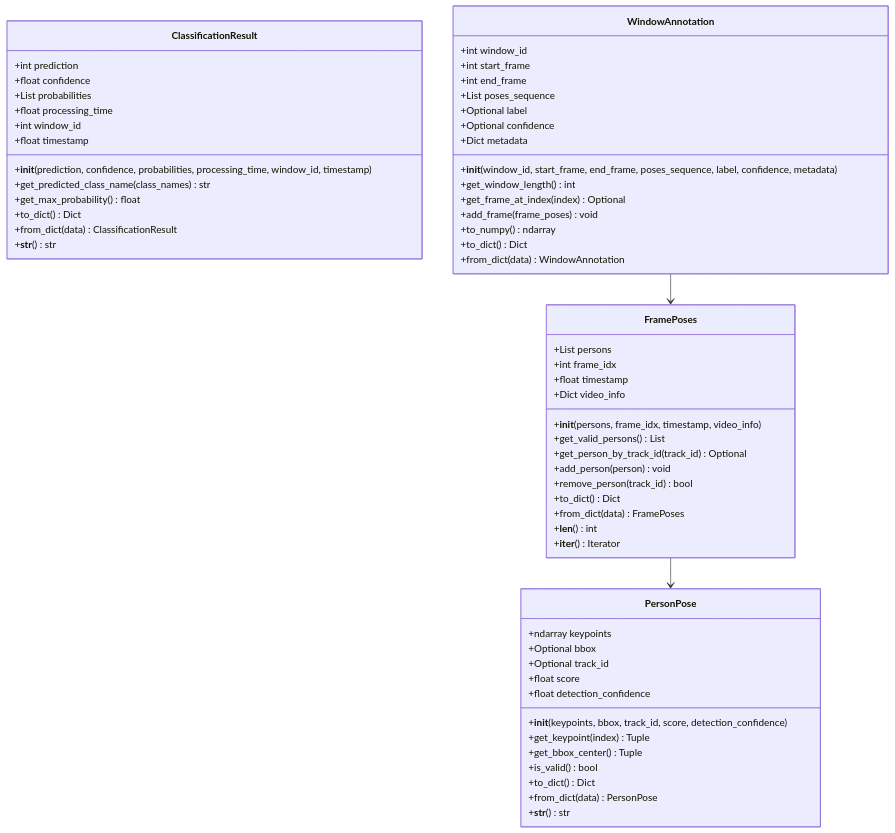
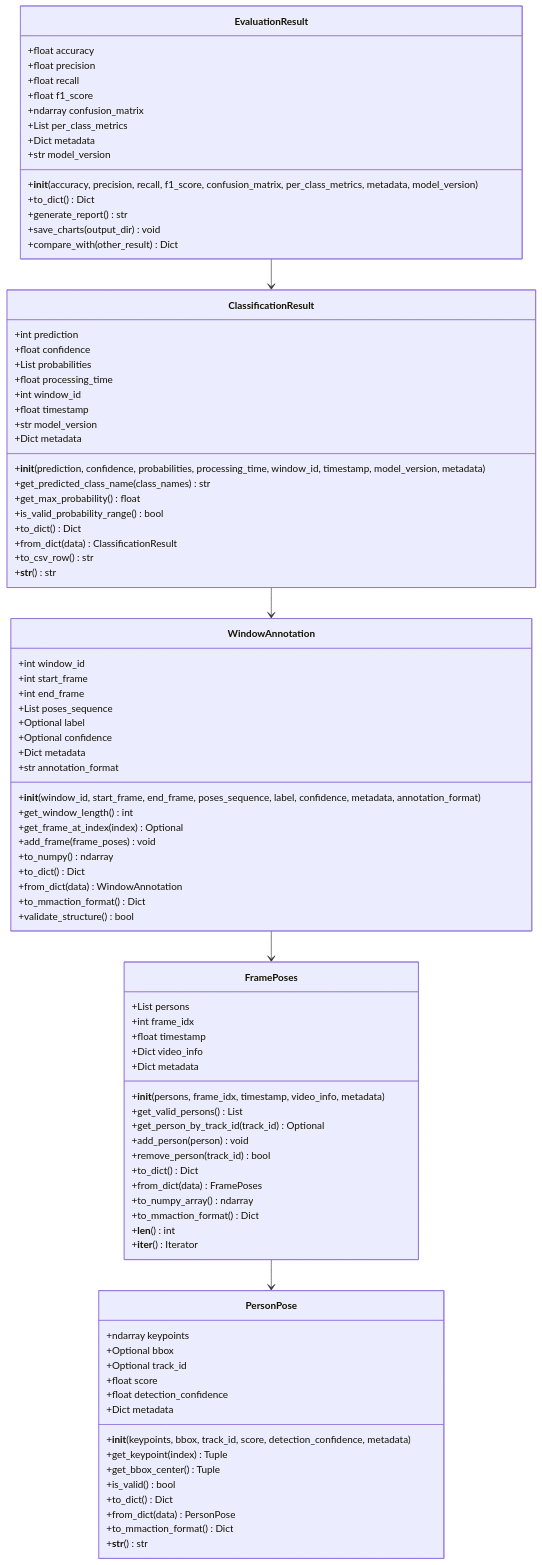
The fifth of 11 diagrams in recognizer/docs/UML_DIAGRAMS.md (mars71003219/ar), drawn with Mermaid before and after one commit. The commit also changed other lines of this file and 6 other files, not shown here.

````diff
--- a/recognizer/docs/UML_DIAGRAMS.md
+++ b/recognizer/docs/UML_DIAGRAMS.md
@@ -365,12 +475,14 @@
         +Optional track_id
         +float score
         +float detection_confidence
-        +__init__(keypoints, bbox, track_id, score, detection_confidence)
+        +Dict metadata
+        +__init__(keypoints, bbox, track_id, score, detection_confidence, metadata)
         +get_keypoint(index) Tuple
         +get_bbox_center() Tuple
         +is_valid() bool
         +to_dict() Dict
         +from_dict(data) PersonPose
+        +to_mmaction_format() Dict
         +__str__() str
     }
 
@@ -379,13 +491,16 @@
         +int frame_idx
         +float timestamp
         +Dict video_info
-        +__init__(persons, frame_idx, timestamp, video_info)
+        +Dict metadata
+        +__init__(persons, frame_idx, timestamp, video_info, metadata)
         +get_valid_persons() List
         +get_person_by_track_id(track_id) Optional
         +add_person(person) void
         +remove_person(track_id) bool
         +to_dict() Dict
         +from_dict(data) FramePoses
+        +to_numpy_array() ndarray
+        +to_mmaction_format() Dict
         +__len__() int
         +__iter__() Iterator
     }
@@ -397,11 +512,15 @@
         +float processing_time
         +int window_id
         +float timestamp
-        +__init__(prediction, confidence, probabilities, processing_time, window_id, timestamp)
+        +str model_version
+        +Dict metadata
+        +__init__(prediction, confidence, probabilities, processing_time, window_id, timestamp, model_version, metadata)
         +get_predicted_class_name(class_names) str
         +get_max_probability() float
+        +is_valid_probability_range() bool
         +to_dict() Dict
         +from_dict(data) ClassificationResult
+        +to_csv_row() str
         +__str__() str
     }
 
@@ -413,15 +532,36 @@
         +Optional label
         +Optional confidence
         +Dict metadata
-        +__init__(window_id, start_frame, end_frame, poses_sequence, label, confidence, metadata)
+        +str annotation_format
+        +__init__(window_id, start_frame, end_frame, poses_sequence, label, confidence, metadata, annotation_format)
         +get_window_length() int
         +get_frame_at_index(index) Optional
         +add_frame(frame_poses) void
         +to_numpy() ndarray
         +to_dict() Dict
         +from_dict(data) WindowAnnotation
+        +to_mmaction_format() Dict
+        +validate_structure() bool
+    }
+
+    class EvaluationResult {
+        +float accuracy
+        +float precision
+        +float recall
+        +float f1_score
+        +ndarray confusion_matrix
+        +List per_class_metrics
+        +Dict metadata
+        +str model_version
+        +__init__(accuracy, precision, recall, f1_score, confusion_matrix, per_class_metrics, metadata, model_version)
+        +to_dict() Dict
+        +generate_report() str
+        +save_charts(output_dir) void
+        +compare_with(other_result) Dict
     }
 
     FramePoses --> PersonPose
     WindowAnnotation --> FramePoses
+    ClassificationResult --> WindowAnnotation
+    EvaluationResult --> ClassificationResult
 ```
````
